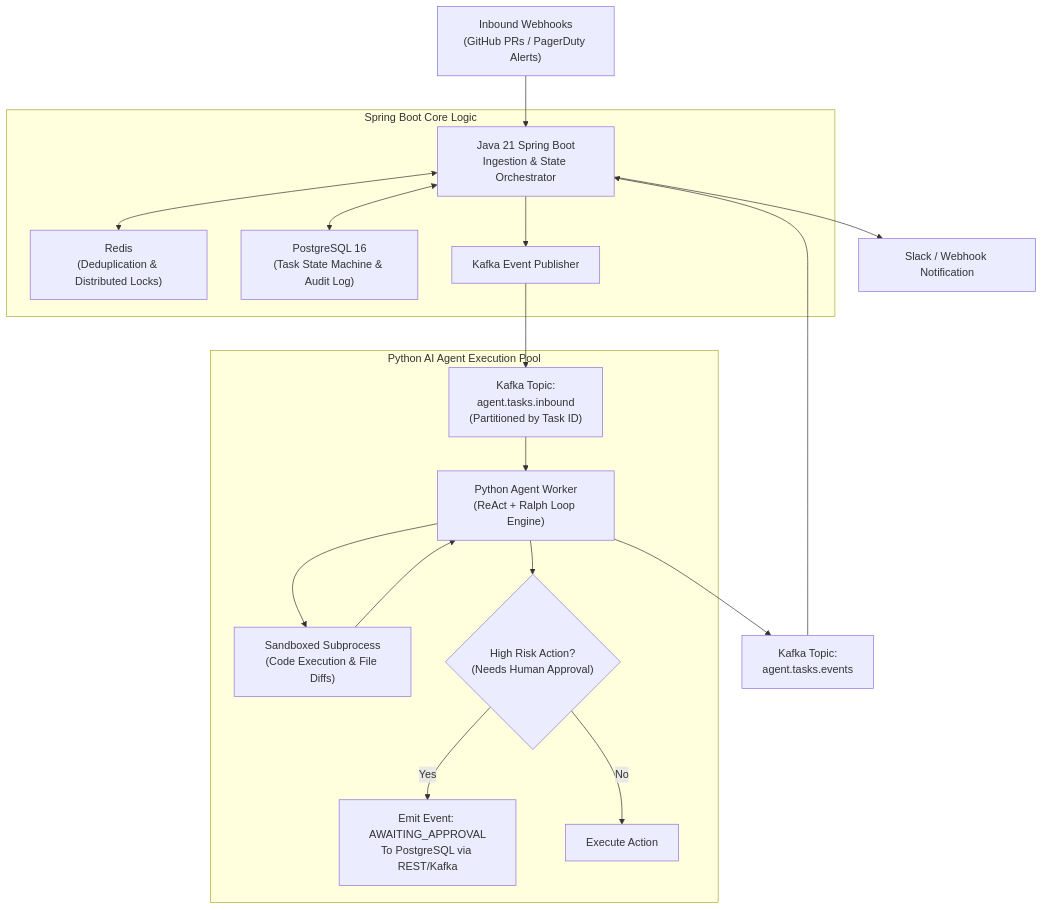
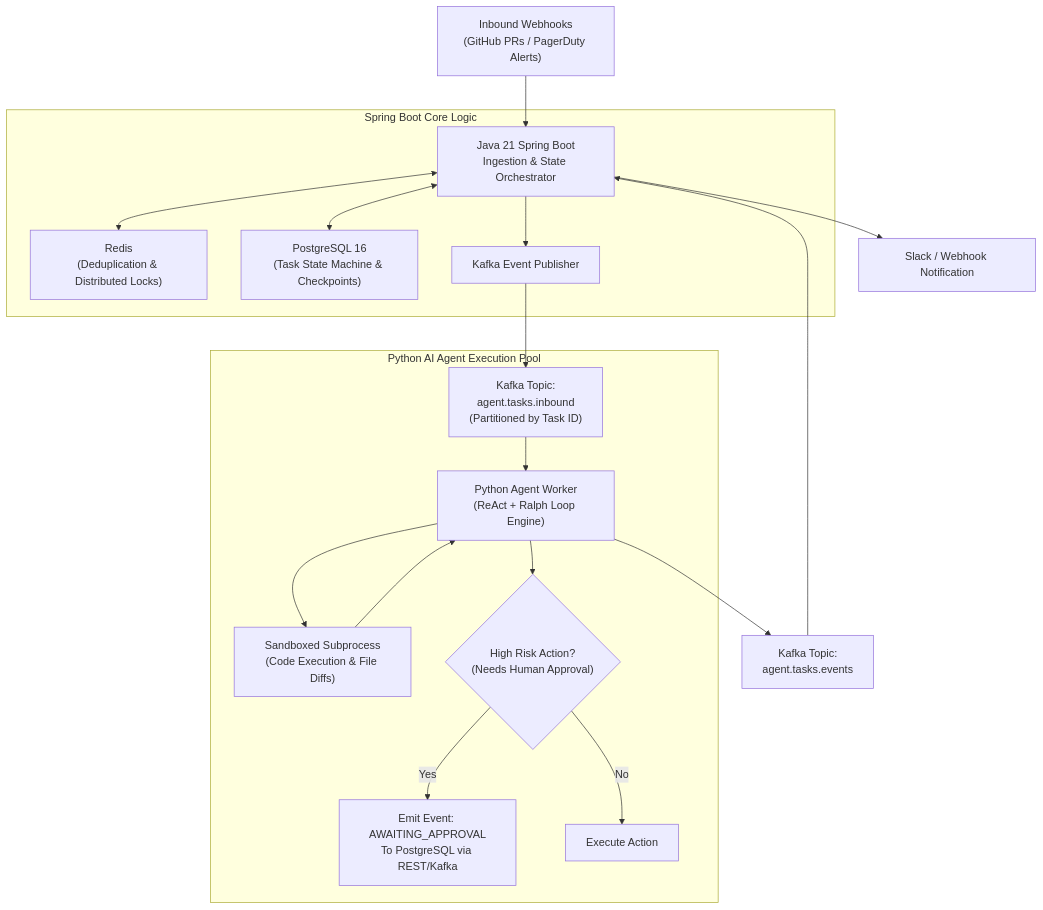
One commit to srikar298/durable-agent-runtime changed the diagram in README.md. Above: the diagram before and after it, drawn with Mermaid. The commit also changed other lines of this file and 1 other file, not shown here.

Commit message:
feat: durable agent runtime with Java Spring Boot + Kafka + Postgres + Redis + Python Worker

````diff
--- a/README.md
+++ b/README.md
@@ -28,25 +30,25 @@
 ```mermaid
 flowchart TD
     Webhooks["Inbound Webhooks<br/>(GitHub PRs / PagerDuty Alerts)"] --> SpringBoot["Java 21 Spring Boot<br/>Ingestion & State Orchestrator"]
     
     subgraph SpringBootLayer ["Spring Boot Core Logic"]
         SpringBoot <--> RedisDedupe["Redis<br/>(Deduplication & Distributed Locks)"]
-        SpringBoot <--> PostgresDB["PostgreSQL 16<br/>(Task State Machine & Audit Log)"]
+        SpringBoot <--> PostgresDB["PostgreSQL 16<br/>(Task State Machine & Checkpoints)"]
         SpringBoot --> KafkaProducer["Kafka Event Publisher"]
     end
 
     KafkaProducer --> KafkaInbound["Kafka Topic:<br/>agent.tasks.inbound<br/>(Partitioned by Task ID)"]
 
     subgraph WorkerPool ["Python AI Agent Execution Pool"]
         KafkaInbound --> PyWorker["Python Agent Worker<br/>(ReAct + Ralph Loop Engine)"]
         PyWorker --> Sandbox["Sandboxed Subprocess<br/>(Code Execution & File Diffs)"]
         Sandbox --> PyWorker
         PyWorker --> HITL{"High Risk Action?<br/>(Needs Human Approval)"}
         HITL -- Yes --> PauseTask["Emit Event: AWAITING_APPROVAL<br/>To PostgreSQL via REST/Kafka"]
         HITL -- No --> CompleteTask["Execute Action"]
     end
 
     PyWorker --> KafkaOutbound["Kafka Topic:<br/>agent.tasks.events"]
     KafkaOutbound --> SpringBoot
     SpringBoot --> Notification["Slack / Webhook Notification"]
 ```
````
